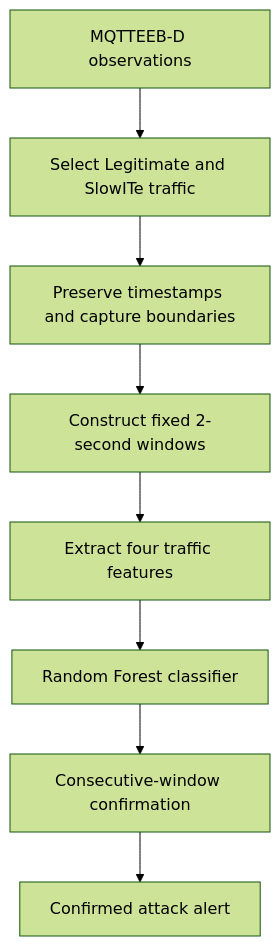
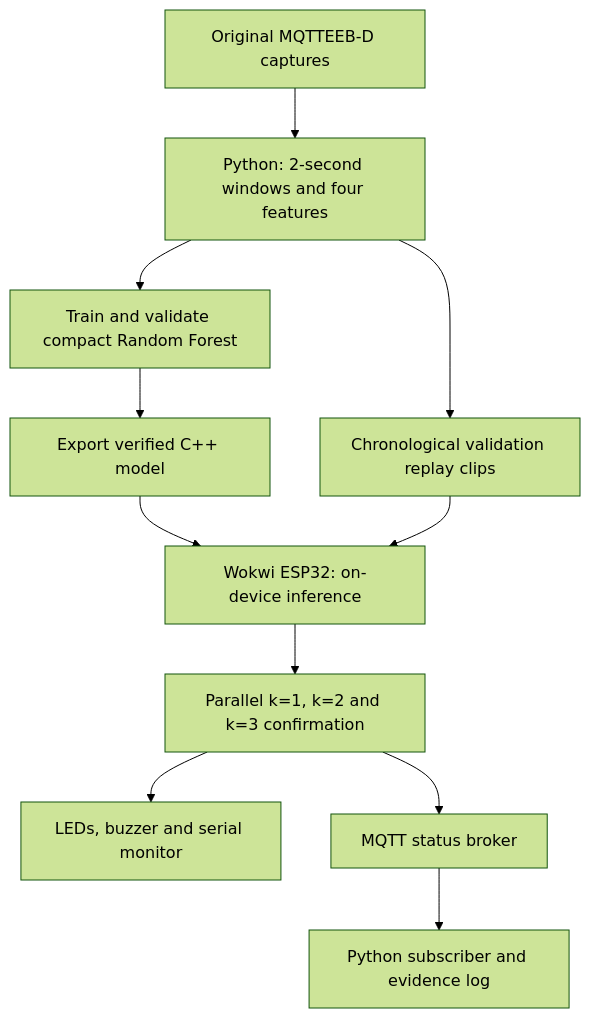
Before and after one commit to ayatinkering/MQTTgaurd: the diagram in README.md, drawn with Mermaid (forest theme). The commit also changed other lines of this file and 12 other files, not shown here.

````diff
--- a/README.md
+++ b/README.md
@@ -17,10 +11,13 @@
 ```mermaid
 flowchart TD
-    A[MQTTEEB-D observations] --> B[Select Legitimate and SlowITe traffic]
-    B --> C[Preserve timestamps and capture boundaries]
-    C --> D[Construct fixed 2-second windows]
-    D --> E[Extract four traffic features]
-    E --> F[Random Forest classifier]
-    F --> G[Consecutive-window confirmation]
-    G --> H[Confirmed attack alert]
+    A[Original MQTTEEB-D captures] --> B[Python: 2-second windows and four features]
+    B --> C[Train and validate compact Random Forest]
+    C --> D[Export verified C++ model]
+    B --> E[Chronological validation replay clips]
+    D --> F[Wokwi ESP32: on-device inference]
+    E --> F
+    F --> G[Parallel k=1, k=2 and k=3 confirmation]
+    G --> H[LEDs, buzzer and serial monitor]
+    G --> I[MQTT status broker]
+    I --> J[Python subscriber and evidence log]
 ```
````
